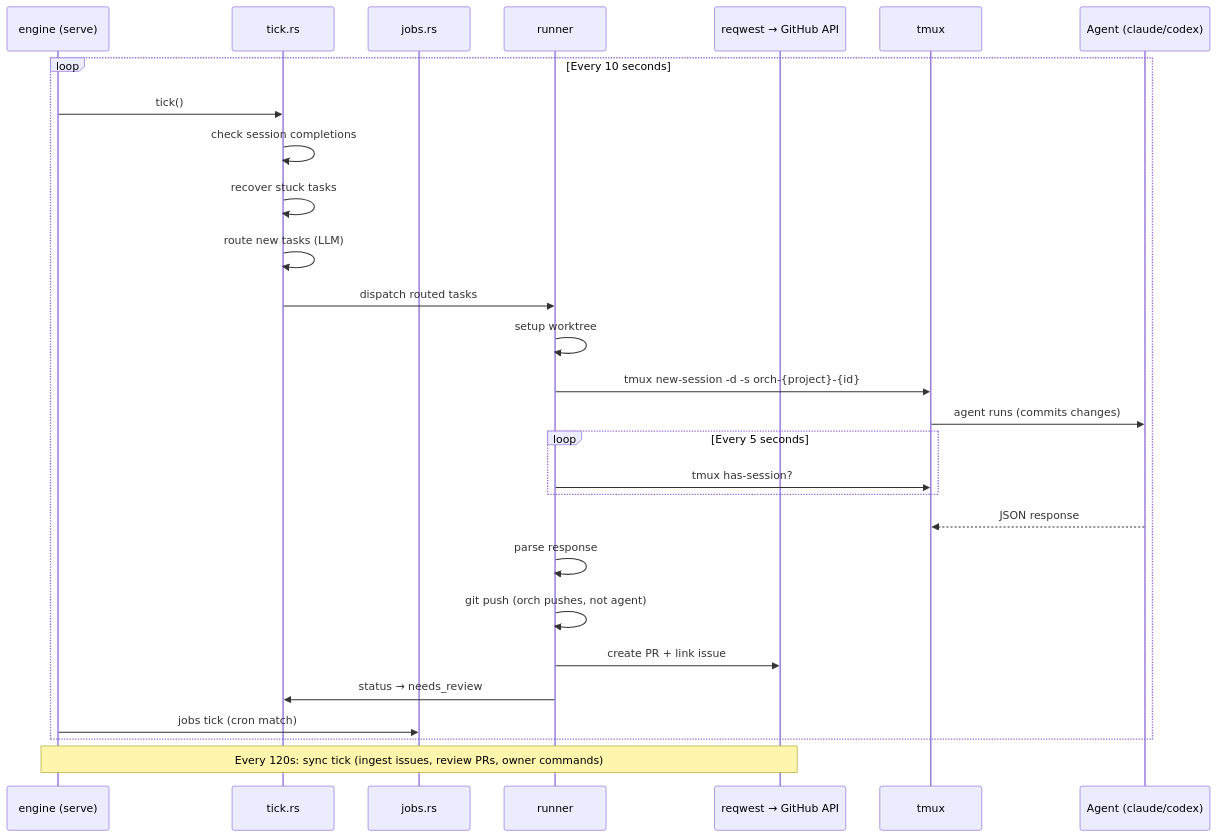
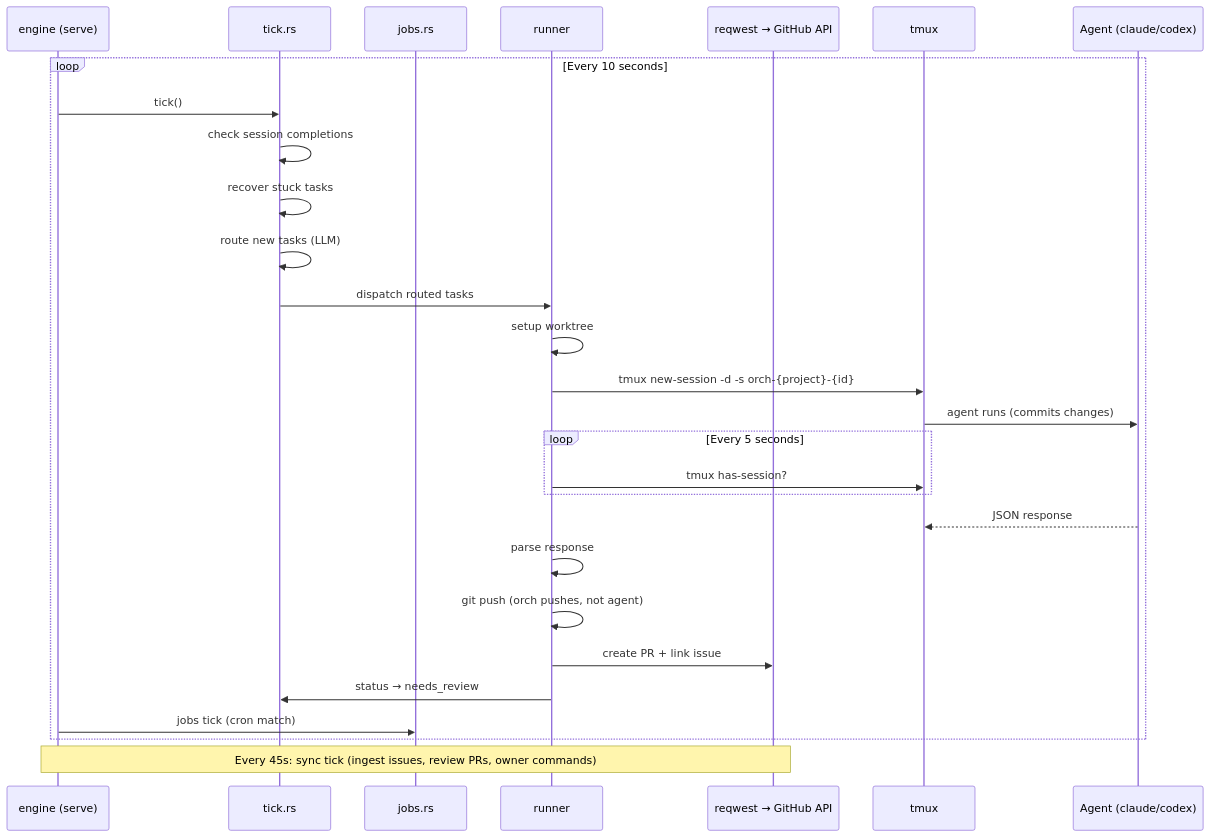
Before and after one commit to gabrielkoerich/orch: the second of 3 diagrams in docs/architecture.md, drawn with Mermaid. The commit also changed other lines of this file and 6 other files, not shown here.

````diff
--- a/docs/architecture.md
+++ b/docs/architecture.md
@@ -100,34 +100,34 @@
 ```mermaid
 sequenceDiagram
     participant S as engine (serve)
     participant P as tick.rs
     participant J as jobs.rs
     participant R as runner
     participant GH as reqwest → GitHub API
     participant T as tmux
     participant A as Agent (claude/codex)
 
     loop Every 10 seconds
         S->>P: tick()
         P->>P: check session completions
         P->>P: recover stuck tasks
         P->>P: route new tasks (LLM)
         P->>R: dispatch routed tasks
 
         R->>R: setup worktree
         R->>T: tmux new-session -d -s orch-{project}-{id}
         T->>A: agent runs (commits changes)
         loop Every 5 seconds
             R->>T: tmux has-session?
         end
         A-->>T: JSON response
         R->>R: parse response
         R->>R: git push (orch pushes, not agent)
         R->>GH: create PR + link issue
         R->>P: status → needs_review
 
         S->>J: jobs tick (cron match)
     end
 
-    Note over S,GH: Every 120s: sync tick (ingest issues, review PRs, owner commands)
+    Note over S,GH: Every 45s: sync tick (ingest issues, review PRs, owner commands)
 ```
````
